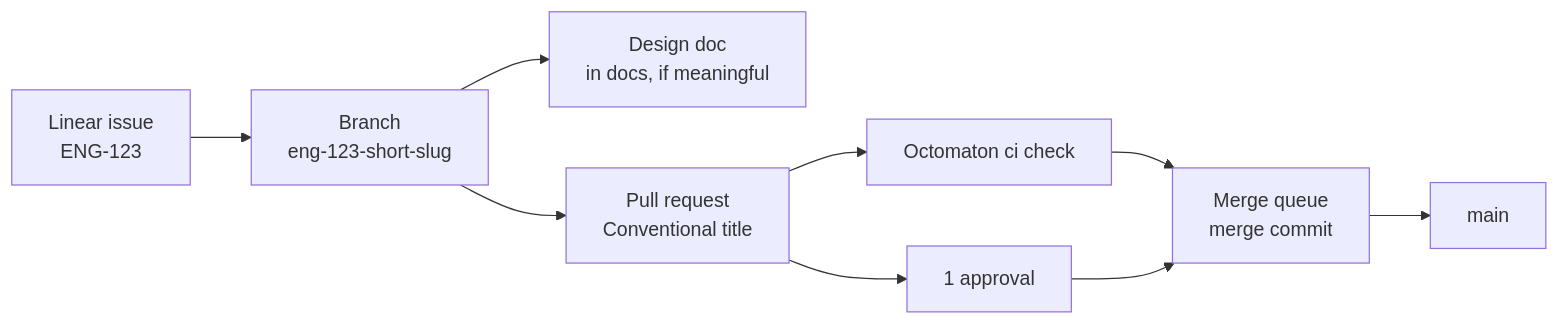
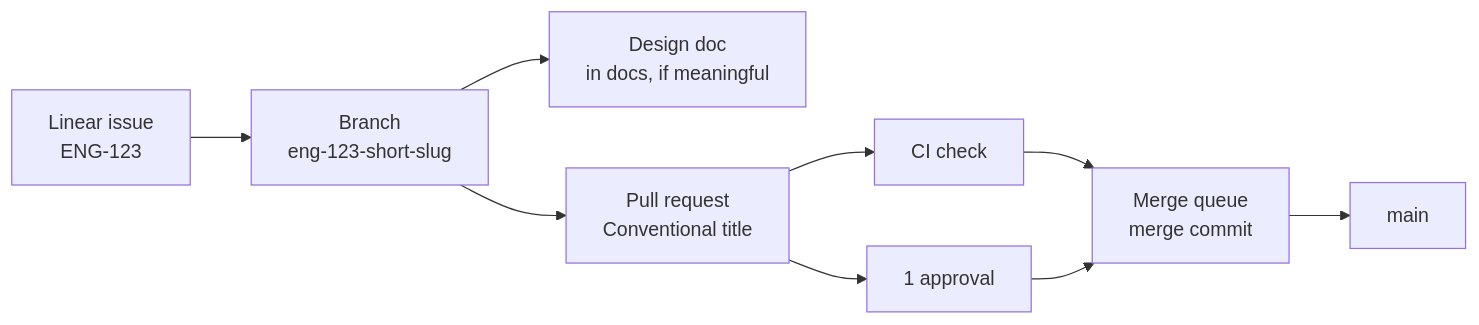
One commit to arikkfir-org/docs changed the diagram in CONTRIBUTING.md. Above: the diagram before and after it, drawn with Mermaid. The commit also changed other lines of this file, not shown here.

````diff
--- a/CONTRIBUTING.md
+++ b/CONTRIBUTING.md
@@ -8,11 +7,11 @@
 ```mermaid
 flowchart LR
   L[Linear issue<br/>ENG-123] --> B[Branch<br/>eng-123-short-slug]
   B --> D[Design doc<br/>in docs, if meaningful]
   B --> P[Pull request<br/>Conventional title]
-  P --> C[Octomaton ci check]
+  P --> C[CI check]
   P --> R[1 approval]
   C --> Q[Merge queue<br/>merge commit]
   R --> Q
   Q --> M[main]
 ```
````
